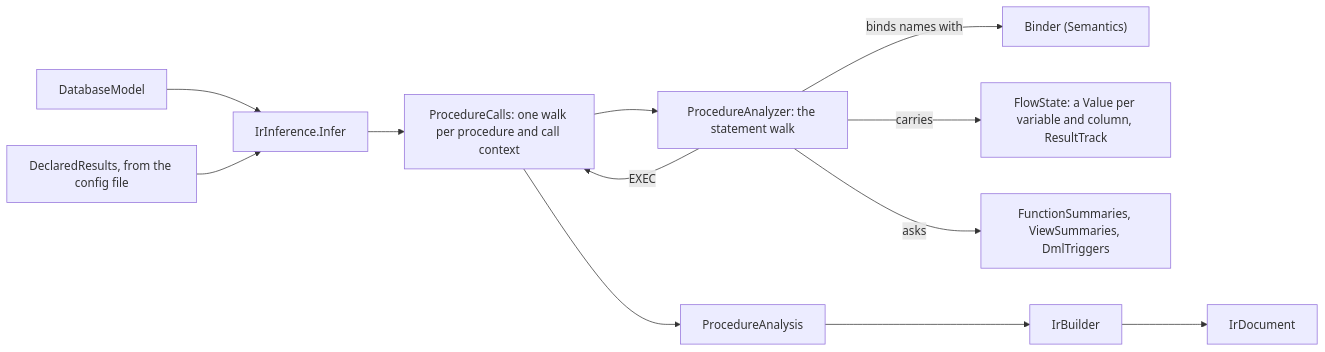
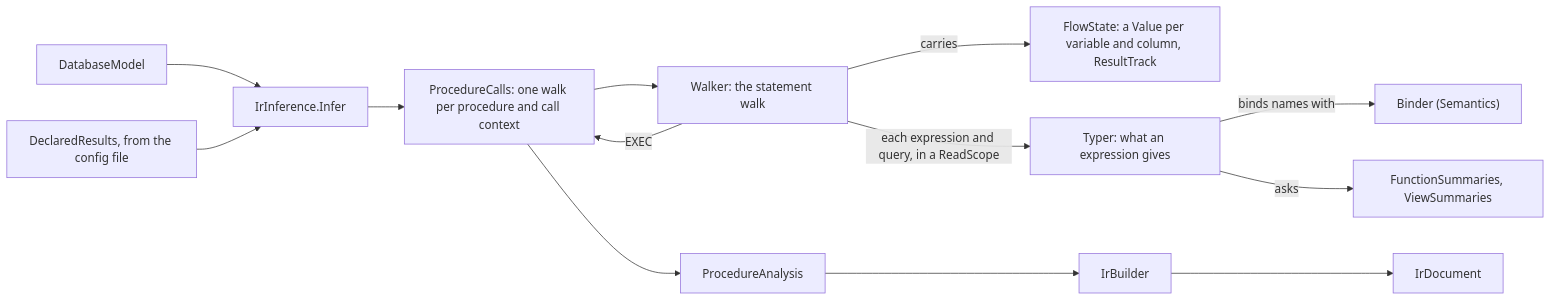
The diagram in src/Haruspex.SqlServer.Inference/README.md (haruspex-tools/haruspex), drawn with Mermaid before and after one commit. The commit also changed other lines of this file and 44 other files, not shown here.

First line of the commit message:
The typer apart from the walker: ProcedureAnalyzer becomes Typer, the expression semantics, and Walker, the statement walk

````diff
--- a/src/Haruspex.SqlServer.Inference/README.md
+++ b/src/Haruspex.SqlServer.Inference/README.md
@@ -15,14 +15,15 @@
 ```mermaid
 flowchart LR
     model["DatabaseModel"] --> infer["IrInference.Infer"]
     declared["DeclaredResults, from the config file"] --> infer
     infer --> calls["ProcedureCalls: one walk per procedure and call context"]
-    calls --> walk["ProcedureAnalyzer: the statement walk"]
-    walk -->|binds names with| binder["Binder (Semantics)"]
+    calls --> walk["Walker: the statement walk"]
     walk -->|carries| state["FlowState: a Value per variable and column, ResultTrack"]
-    walk -->|asks| summaries["FunctionSummaries, ViewSummaries, DmlTriggers"]
+    walk -->|"each expression and query, in a ReadScope"| typer["Typer: what an expression gives"]
+    typer -->|binds names with| binder["Binder (Semantics)"]
+    typer -->|asks| summaries["FunctionSummaries, ViewSummaries"]
     walk -->|EXEC| calls
     calls --> analysis["ProcedureAnalysis"]
     analysis --> builder["IrBuilder"]
     builder --> document["IrDocument"]
 ```
````
